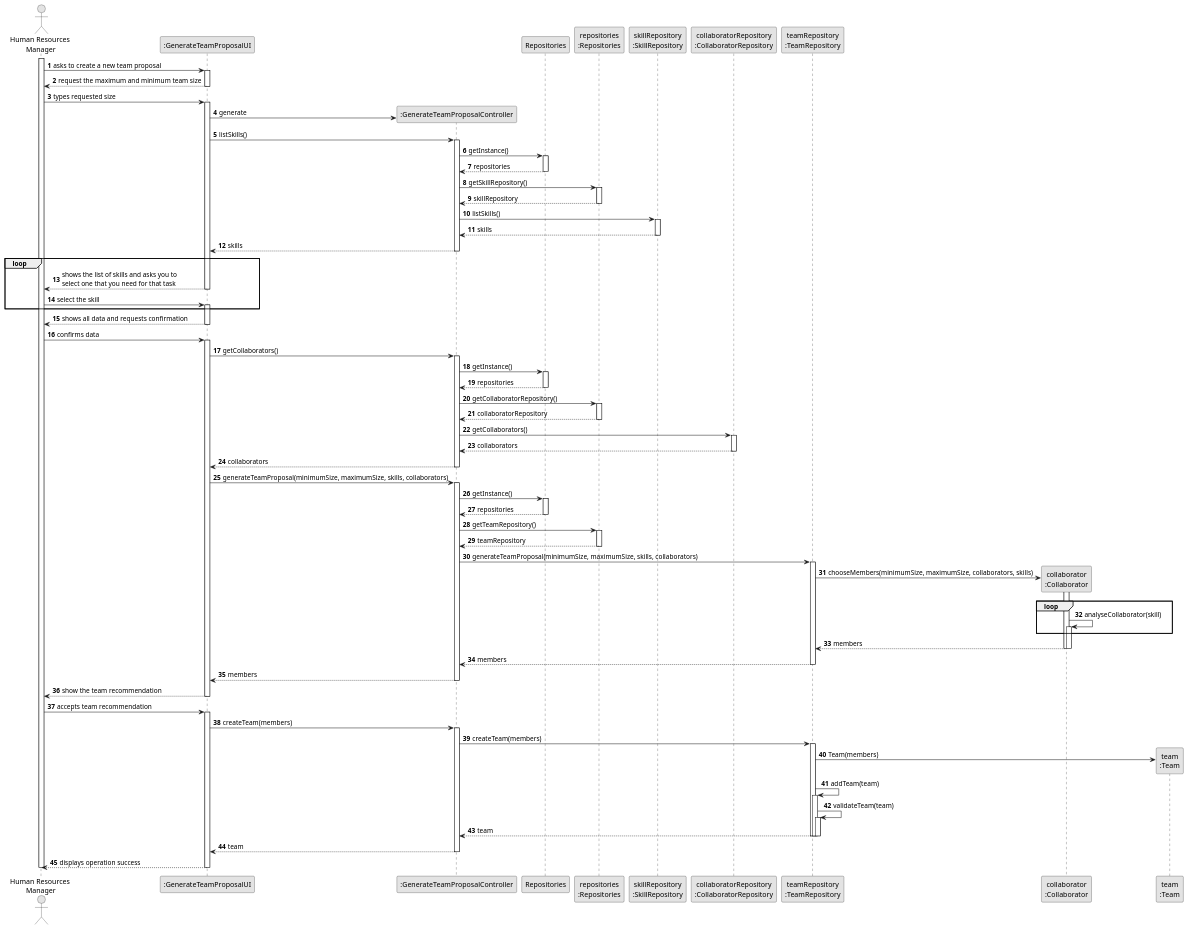
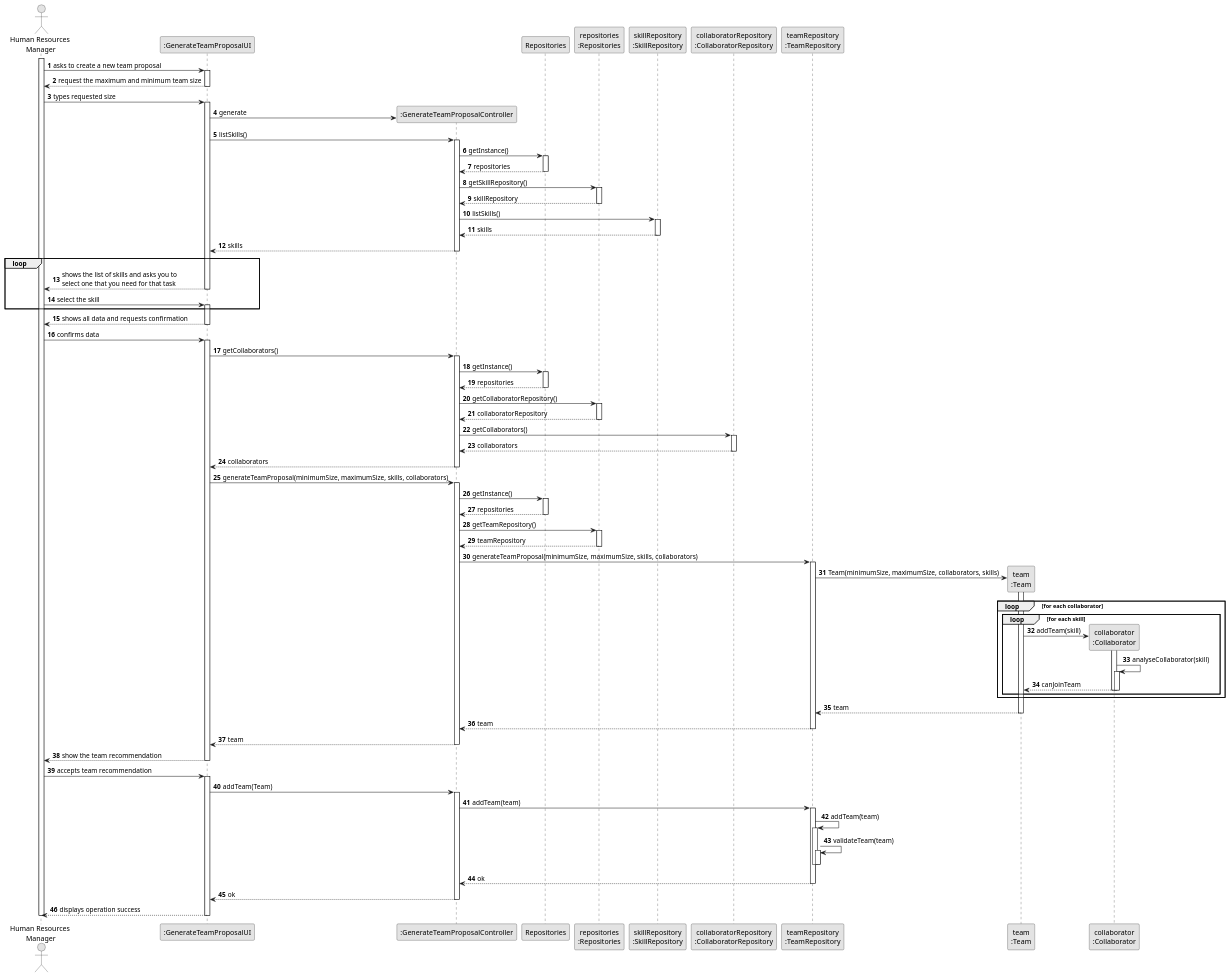
The diagram in docs/sprintC/us005/03.design/puml/us005-sequence-diagram-full.puml (diogoveirospro/lei-24-s2-1dg-g072), drawn with PlantUML before and after one commit. The commit also changed 2 other files, not shown here.

```diff
--- a/docs/sprintC/us005/03.design/puml/us005-sequence-diagram-full.puml
+++ b/docs/sprintC/us005/03.design/puml/us005-sequence-diagram-full.puml
@@ -1,170 +1,178 @@
 @startuml
 skinparam monochrome true
 skinparam packageStyle rectangle
 skinparam shadowing false
 
 autonumber
 
 'hide footbox
 actor "Human Resources\n Manager" as HRM
 participant ":GenerateTeamProposalUI" as UI
 participant ":GenerateTeamProposalController" as CTRL
 participant Repositories
 participant "repositories\n:Repositories" as REP
 participant "skillRepository\n:SkillRepository" as SKILLREP
 participant "collaboratorRepository\n:CollaboratorRepository" as COLREP
 participant "teamRepository\n:TeamRepository" as TEAMREP
+participant "team\n:Team" as team
 participant "collaborator\n:Collaborator" as COLLAB
-participant "team\n:Team" as team
 
 activate HRM
 
     HRM -> UI : asks to create a new team proposal
     activate UI
 
         UI --> HRM : request the maximum and minimum team size
     deactivate UI
 
     HRM -> UI : types requested size
     activate UI
 
         UI -> CTRL** : generate
 
 
         UI -> CTRL : listSkills()
         activate CTRL
 
            CTRL -> Repositories: getInstance()
            activate Repositories
 
                 Repositories --> CTRL: repositories
            deactivate Repositories
 
            CTRL -> REP: getSkillRepository()
            activate REP
 
                 REP --> CTRL: skillRepository
            deactivate REP
 
             CTRL -> SKILLREP : listSkills()
             activate SKILLREP
 
                 SKILLREP --> CTRL : skills
             deactivate SKILLREP
 
             CTRL --> UI : skills
         deactivate CTRL
 
     loop
         UI --> HRM: shows the list of skills and asks you to \nselect one that you need for that task
     deactivate UI
 
     HRM -> UI: select the skill
     activate UI
 
     end
 
         UI --> HRM: shows all data and requests confirmation
     deactivate UI
 
     HRM -> UI: confirms data
     activate UI
 
         UI -> CTRL: getCollaborators()
         activate CTRL
 
             CTRL -> Repositories: getInstance()
             activate Repositories
 
                 Repositories --> CTRL: repositories
             deactivate Repositories
 
             CTRL -> REP: getCollaboratorRepository()
             activate REP
 
                 REP --> CTRL: collaboratorRepository
             deactivate REP
 
             CTRL -> COLREP: getCollaborators()
             activate COLREP
 
                 COLREP --> CTRL: collaborators
             deactivate COLREP
 
             CTRL --> UI: collaborators
         deactivate CTRL
 
         UI -> CTRL: generateTeamProposal(minimumSize, maximumSize, skills, collaborators)
         activate CTRL
 
             CTRL -> Repositories: getInstance()
             activate Repositories
 
                 Repositories --> CTRL: repositories
             deactivate Repositories
 
             CTRL -> REP: getTeamRepository()
             activate REP
 
                 REP --> CTRL: teamRepository
             deactivate REP
 
             CTRL -> TEAMREP: generateTeamProposal(minimumSize, maximumSize, skills, collaborators)
             activate TEAMREP
 
-                TEAMREP -> COLLAB**: chooseMembers(minimumSize, maximumSize, collaborators, skills)
-                activate COLLAB
-                loop
-                    COLLAB -> COLLAB: analyseCollaborator(skill)
+                TEAMREP -> team**: Team(minimumSize, maximumSize, collaborators, skills)
+                activate team
+
+                    loop for each collaborator
+                    loop for each skill
+
+                    team -> COLLAB**: addTeam(skill)
                     activate COLLAB
-                end
-                    COLLAB --> TEAMREP: members
 
-                    deactivate COLLAB
+                        COLLAB -> COLLAB: analyseCollaborator(skill)
+                        activate COLLAB
 
-                deactivate COLLAB
+                        COLLAB --> team: canJoinTeam
+                        deactivate COLLAB
 
-                TEAMREP --> CTRL: members
+                        deactivate COLLAB
+
+                    end
+                    end
+
+                    team --> TEAMREP: team
+
+                deactivate team
+
+                TEAMREP --> CTRL: team
             deactivate TEAMREP
 
-            CTRL --> UI: members
+            CTRL --> UI: team
         deactivate CTRL
 
         UI --> HRM: show the team recommendation
     deactivate UI
 
     HRM -> UI: accepts team recommendation
     activate UI
 
-        UI -> CTRL: createTeam(members)
+        UI -> CTRL: addTeam(Team)
         activate CTRL
 
-            CTRL -> TEAMREP: createTeam(members)
-        activate TEAMREP
-
-        TEAMREP -> team**: Team(members)
-
-            TEAMREP -> TEAMREP : addTeam(team)
+            CTRL -> TEAMREP : addTeam(team)
             activate TEAMREP
 
-            TEAMREP -> TEAMREP : validateTeam(team)
-            activate TEAMREP
+                TEAMREP -> TEAMREP : addTeam(team)
+                activate TEAMREP
 
-                TEAMREP --> CTRL: team
+                TEAMREP -> TEAMREP : validateTeam(team)
+                activate TEAMREP
 
+                deactivate TEAMREP
+
+                deactivate TEAMREP
+
+            TEAMREP --> CTRL: ok
             deactivate TEAMREP
 
-            deactivate TEAMREP
-
-
-        deactivate TEAMREP
-
-                CTRL --> UI: team
-            deactivate CTRL
+        CTRL --> UI: ok
+        deactivate CTRL
 
         UI --> HRM: displays operation success
     deactivate UI
 
 deactivate HRM
 
 @enduml
```
